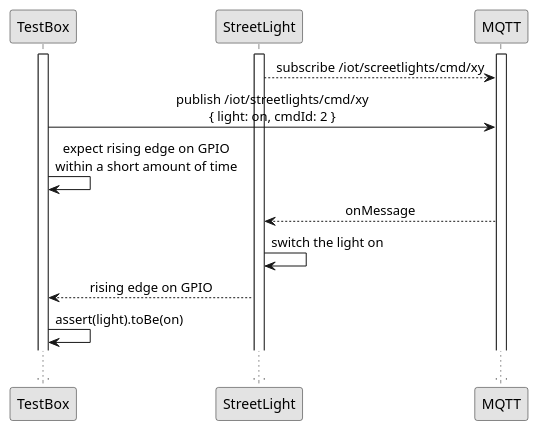
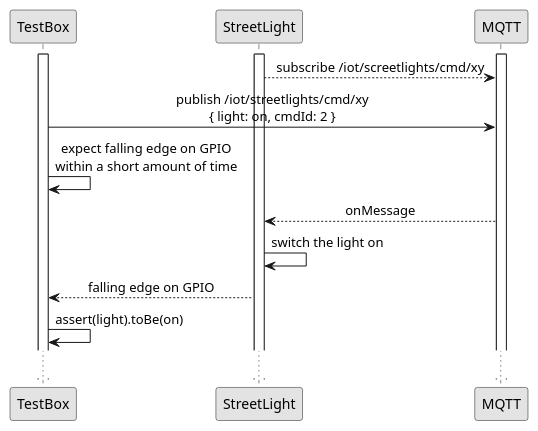
Before and after one commit to scyv/testing-iot: the third of 4 diagrams in doc/iot_test_dark.plantuml, drawn with PlantUML. The commit also changed other lines of this file and 8 other files, not shown here.

```diff
--- a/doc/iot_test_dark.plantuml
+++ b/doc/iot_test_dark.plantuml
@@ -56,21 +56,21 @@
 @startuml iot_test_msg_gpio
 skinparam monochrome true
 skinparam sequenceMessageAlign center
 
 participant TestBox as IOTTB
 participant StreetLight as SUT
 participant MQTT
 
 activate IOTTB
 activate SUT
 activate MQTT
 
 SUT-->MQTT: subscribe /iot/screetlights/cmd/xy
 IOTTB->MQTT: publish /iot/streetlights/cmd/xy\n{ light: on, cmdId: 2 }
-IOTTB->IOTTB: expect rising edge on GPIO\nwithin a short amount of time
+IOTTB->IOTTB: expect falling edge on GPIO\nwithin a short amount of time
 MQTT-->SUT: onMessage
 SUT->SUT: switch the light on
-SUT-->IOTTB: rising edge on GPIO
+SUT-->IOTTB: falling edge on GPIO
 IOTTB->IOTTB: assert(light).toBe(on)
 ...
 @enduml
```
